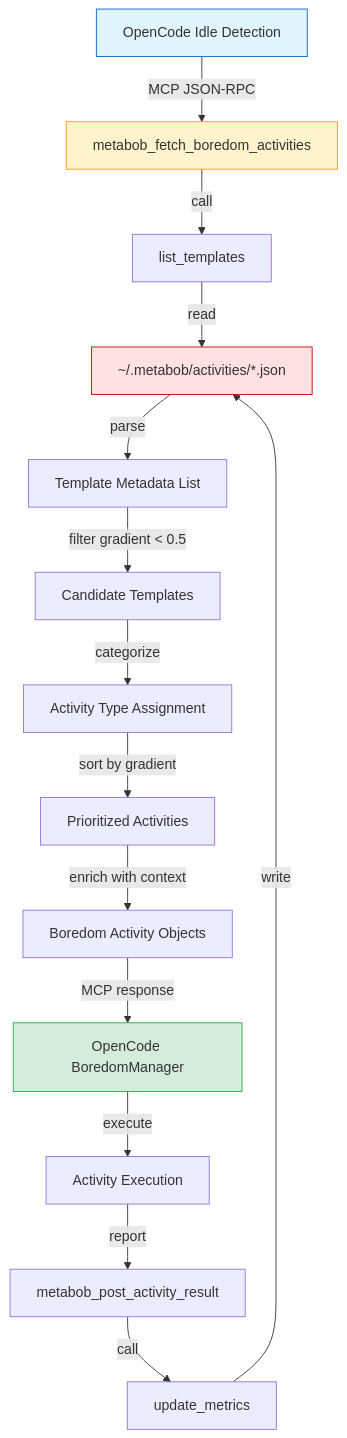
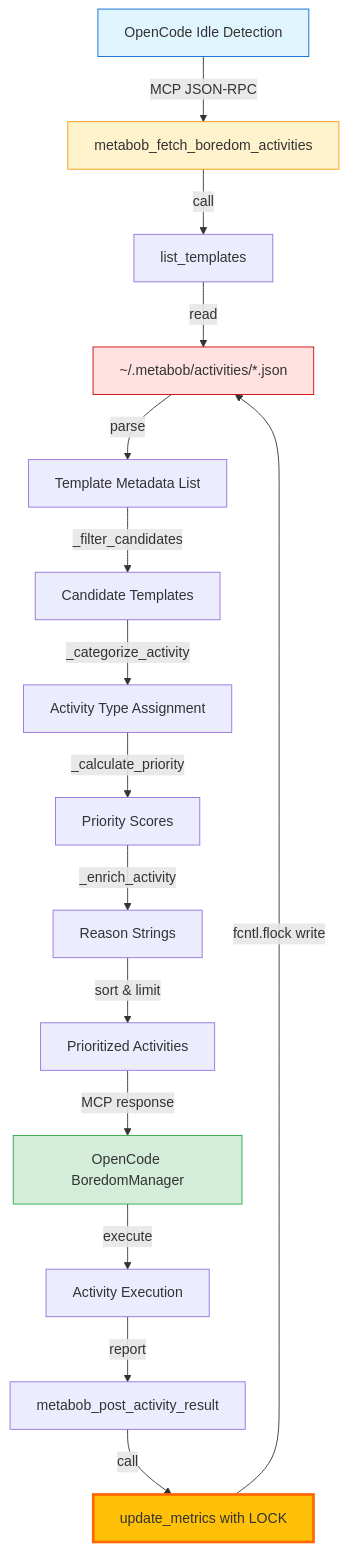
Before and after one commit to AviGopal/substrate: the first of 3 diagrams in docs/data-flows/boredom-activities-api-flow.md, drawn with Mermaid. The commit also changed other lines of this file and 2 other files, not shown here.

First line of the commit message:
Complete Phase 2: Boredom Activities API implementation

````diff
--- a/docs/data-flows/boredom-activities-api-flow.md
+++ b/docs/data-flows/boredom-activities-api-flow.md
@@ -27,21 +100,23 @@
 ```mermaid
 graph TD
     A[OpenCode Idle Detection] -->|MCP JSON-RPC| B[metabob_fetch_boredom_activities]
     B -->|call| C[list_templates]
     C -->|read| D[~/.metabob/activities/*.json]
     D -->|parse| E[Template Metadata List]
-    E -->|filter gradient < 0.5| F[Candidate Templates]
-    F -->|categorize| G[Activity Type Assignment]
-    G -->|sort by gradient| H[Prioritized Activities]
-    H -->|enrich with context| I[Boredom Activity Objects]
-    I -->|MCP response| J[OpenCode BoredomManager]
-    J -->|execute| K[Activity Execution]
-    K -->|report| L[metabob_post_activity_result]
-    L -->|call| M[update_metrics]
-    M -->|write| D
+    E -->|_filter_candidates| F[Candidate Templates]
+    F -->|_categorize_activity| G[Activity Type Assignment]
+    G -->|_calculate_priority| H[Priority Scores]
+    H -->|_enrich_activity| I[Reason Strings]
+    I -->|sort & limit| J[Prioritized Activities]
+    J -->|MCP response| K[OpenCode BoredomManager]
+    K -->|execute| L[Activity Execution]
+    L -->|report| M[metabob_post_activity_result]
+    M -->|call| N[update_metrics with LOCK]
+    N -->|fcntl.flock write| D
     
     style A fill:#e1f5ff,stroke:#0066cc
     style B fill:#fff3cd,stroke:#ff9900
     style D fill:#ffe1e1,stroke:#cc0000
-    style J fill:#d4edda,stroke:#28a745
+    style K fill:#d4edda,stroke:#28a745
+    style N fill:#ffc107,stroke:#ff6600,stroke-width:3px
 ```
````
